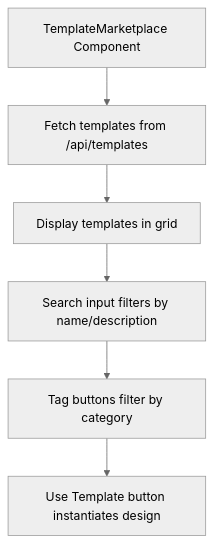
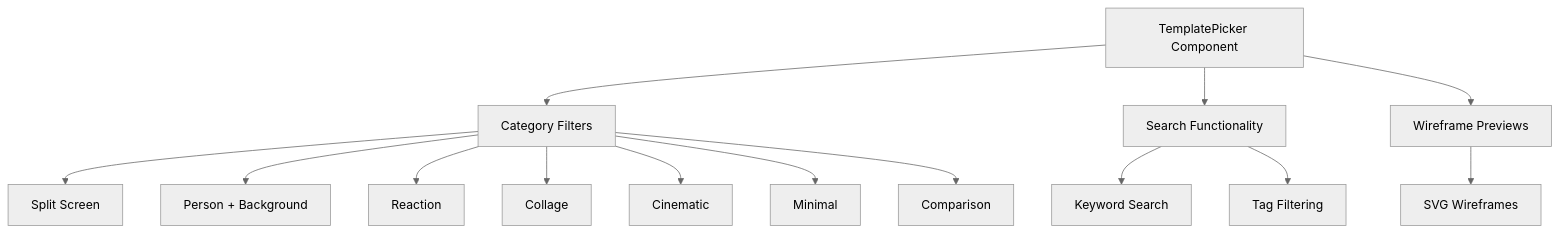
One commit to Brimstow/ThumPiks changed the third of 5 diagrams in .qoder/repowiki/en/content/Template Marketplace/Template Marketplace.md. Above: the diagram before and after it, drawn with Mermaid (neutral theme). The commit also changed other lines of this file and 900 other files, not shown here.

````diff
--- a/.qoder/repowiki/en/content/Template Marketplace/Template Marketplace.md
+++ b/.qoder/repowiki/en/content/Template Marketplace/Template Marketplace.md
@@ -51,8 +91,16 @@
 ```mermaid
 graph TB
-A[TemplateMarketplace Component] --> B[Fetch templates from /api/templates]
-B --> C[Display templates in grid]
-C --> D[Search input filters by name/description]
-D --> E[Tag buttons filter by category]
-E --> F[Use Template button instantiates design]
+A[TemplatePicker Component] --> B[Category Filters]
+A --> C[Search Functionality]
+A --> D[Wireframe Previews]
+B --> E[Split Screen]
+B --> F[Person + Background]
+B --> G[Reaction]
+B --> H[Collage]
+B --> I[Cinematic]
+B --> J[Minimal]
+B --> K[Comparison]
+C --> L[Keyword Search]
+C --> M[Tag Filtering]
+D --> N[SVG Wireframes]
 ```
````
